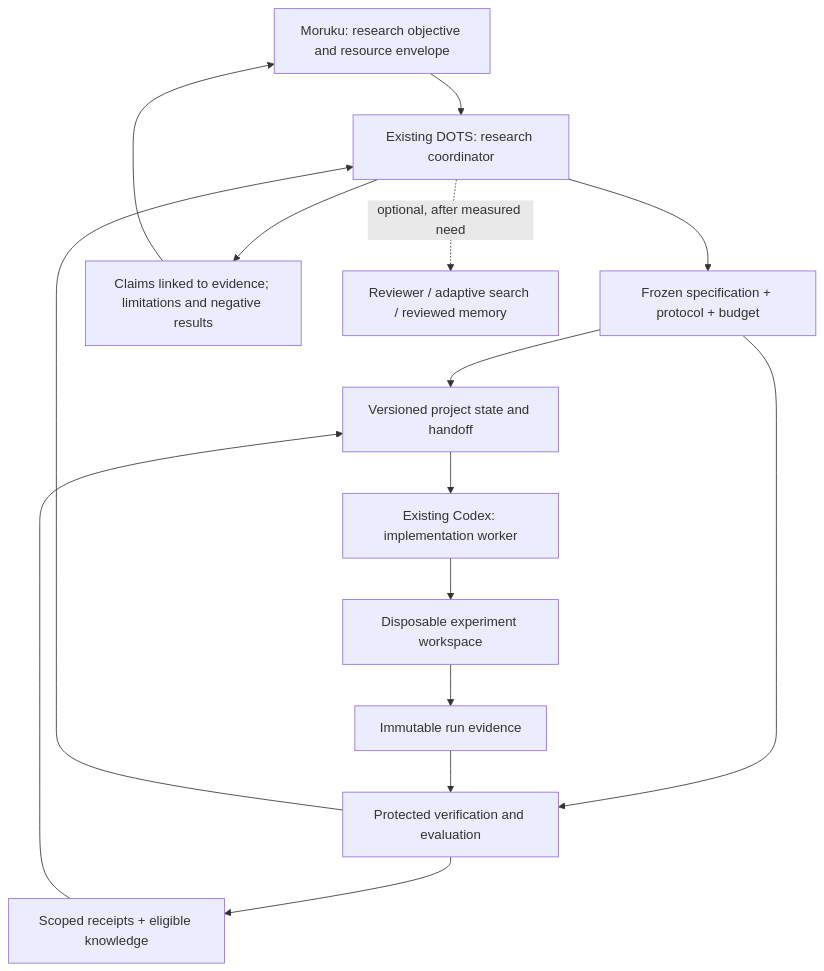
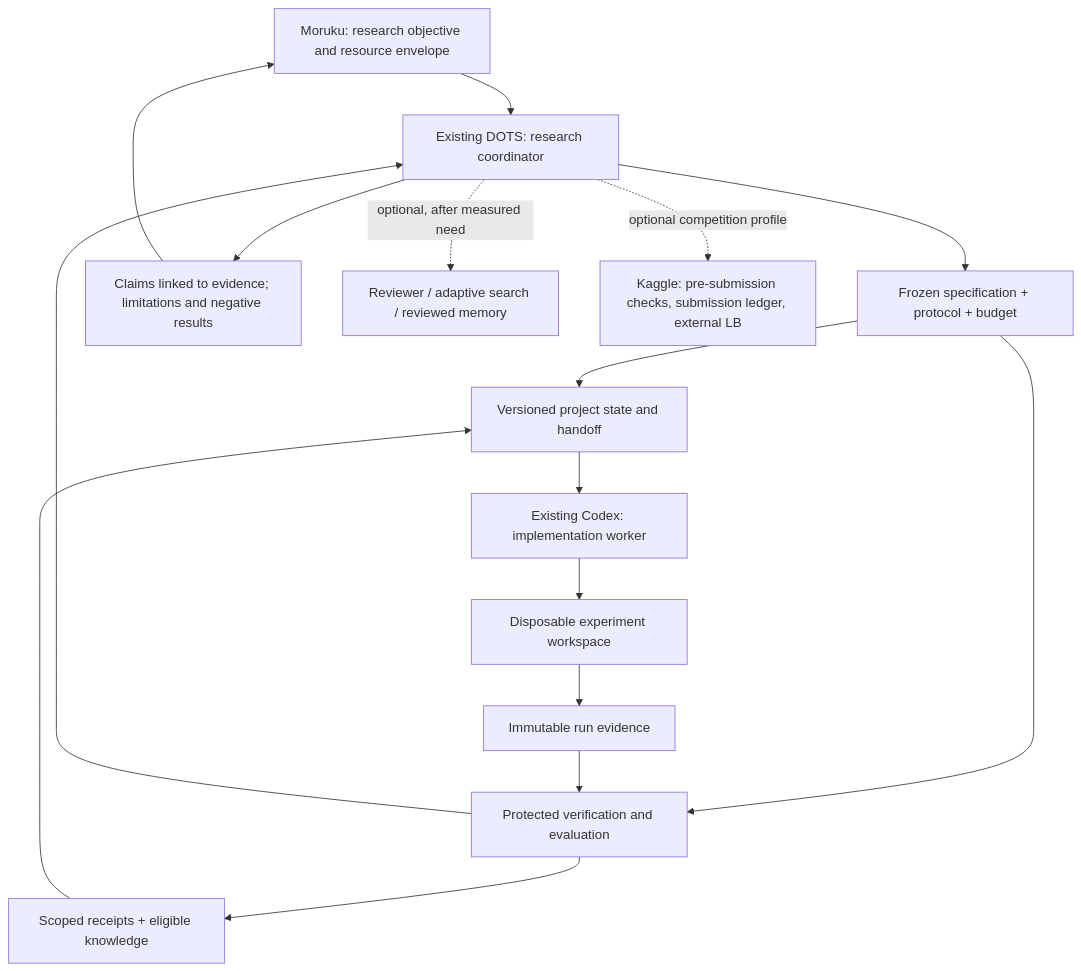
Before and after one commit to moruku36/ai-agent-scientist: the diagram in README.md, drawn with Mermaid. The commit also changed other lines of this file and 23 other files, not shown here.

First line of the commit message:
docs: add Kaggle competition profiles, knowledge and OSS candidates

````diff
--- a/README.md
+++ b/README.md
@@ -27,17 +31,18 @@
 ```mermaid
 flowchart TB
     H["Moruku: research objective and resource envelope"] --> D["Existing DOTS: research coordinator"]
     D --> P["Frozen specification + protocol + budget"]
     P --> K["Versioned project state and handoff"]
     K --> C["Existing Codex: implementation worker"]
     C --> X["Disposable experiment workspace"]
     X --> E["Immutable run evidence"]
     P --> V["Protected verification and evaluation"]
     E --> V
     V --> Q["Scoped receipts + eligible knowledge"]
     Q --> K
     V --> D
     D --> R["Claims linked to evidence; limitations and negative results"]
     R --> H
     D -. "optional, after measured need" .-> S["Reviewer / adaptive search / reviewed memory"]
+    D -. "optional competition profile" .-> G["Kaggle: pre-submission checks, submission ledger, external LB"]
 ```
````
